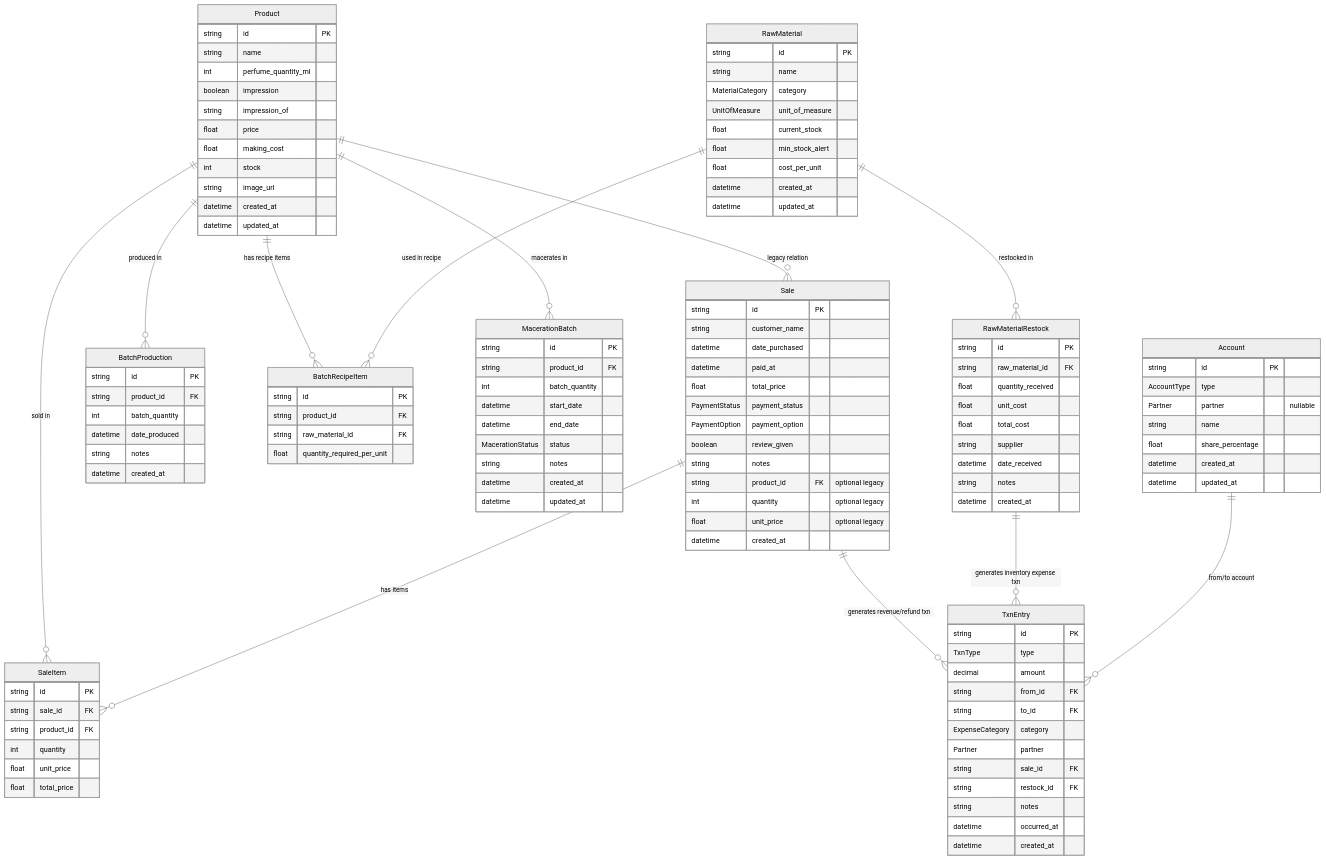
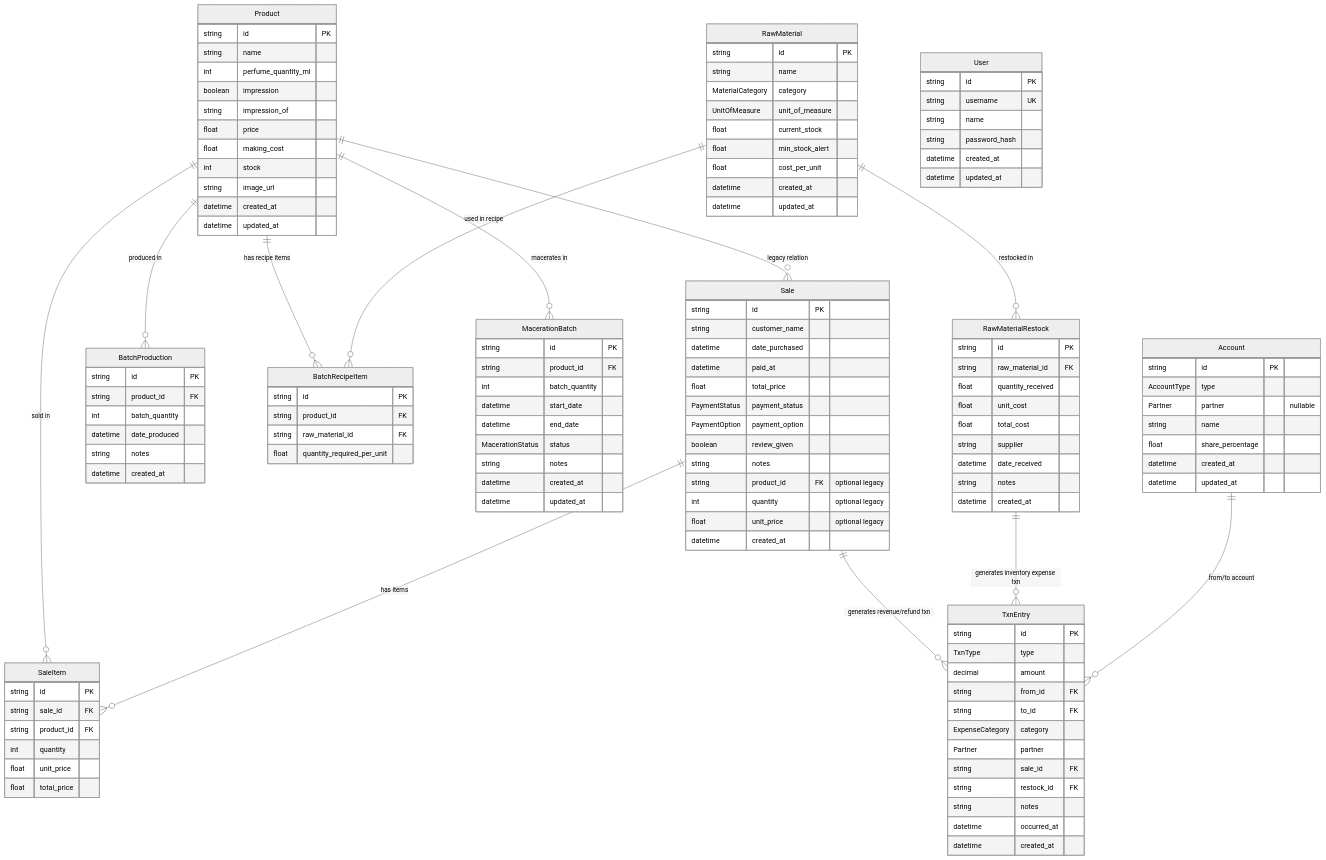
The diagram in docs/database.md (hashir1313/invento), drawn with Mermaid (neutral theme) before and after one commit. The commit also changed other lines of this file and 18 other files, not shown here.

```diff
--- a/docs/database.md
+++ b/docs/database.md
@@ -27,6 +27,15 @@
     RawMaterialRestock ||--o{ TxnEntry : "generates inventory expense txn"
 
     Account ||--o{ TxnEntry : "from/to account"
+
+    User {
+        string id PK
+        string username UK
+        string name
+        string password_hash
+        datetime created_at
+        datetime updated_at
+    }
 
     Product {
         string id PK
```
